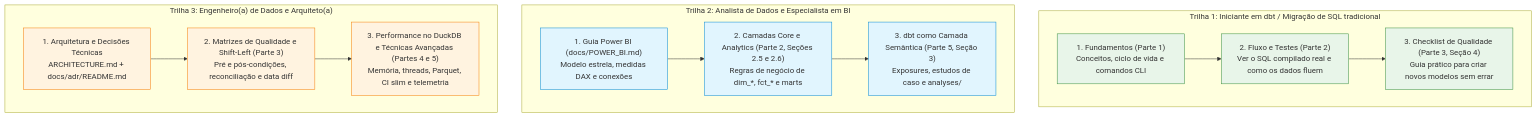
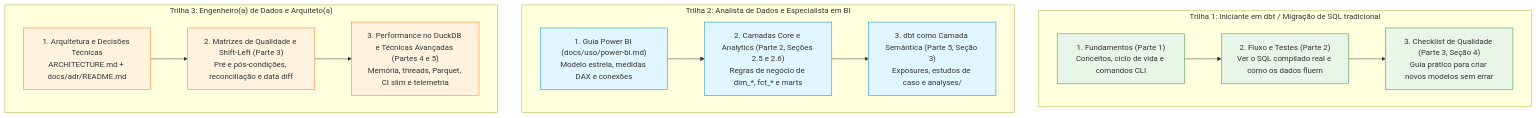
One commit to llrt/dbt-pipeline-rfb-v2 changed the diagram in docs/guia-dbt/README.md. Above: the diagram before and after it, drawn with Mermaid. The commit also changed other lines of this file and 92 other files, not shown here.

````diff
--- a/docs/guia-dbt/README.md
+++ b/docs/guia-dbt/README.md
@@ -25,27 +25,27 @@
 ```mermaid
 flowchart TD
     classDef iniciante fill:#e8f5e9,stroke:#388e3c,stroke-width:1px;
     classDef analista fill:#e1f5fe,stroke:#0288d1,stroke-width:1px;
     classDef engenheiro fill:#fff3e0,stroke:#f57c00,stroke-width:1px;
 
     subgraph TRILHA_INICIANTE["Trilha 1: Iniciante em dbt / Migração de SQL tradicional"]
         I1["1. Fundamentos (Parte 1)<br/>Conceitos, ciclo de vida e comandos CLI"]:::iniciante
         I2["2. Fluxo e Testes (Parte 2)<br/>Ver o SQL compilado real e como os dados fluem"]:::iniciante
         I3["3. Checklist de Qualidade (Parte 3, Seção 4)<br/>Guia prático para criar novos modelos sem errar"]:::iniciante
         I1 --> I2 --> I3
     end
 
     subgraph TRILHA_ANALISTA["Trilha 2: Analista de Dados e Especialista em BI"]
-        A1["1. Guia Power BI (docs/POWER_BI.md)<br/>Modelo estrela, medidas DAX e conexões"]:::analista
+        A1["1. Guia Power BI (docs/uso/power-bi.md)<br/>Modelo estrela, medidas DAX e conexões"]:::analista
         A2["2. Camadas Core e Analytics (Parte 2, Seções 2.5 e 2.6)<br/>Regras de negócio de dim_*, fct_* e marts"]:::analista
         A3["3. dbt como Camada Semântica (Parte 5, Seção 3)<br/>Exposures, estudos de caso e analyses/"]:::analista
         A1 --> A2 --> A3
     end
 
     subgraph TRILHA_ENGENHEIRO["Trilha 3: Engenheiro(a) de Dados e Arquiteto(a)"]
         E1["1. Arquitetura e Decisões Técnicas<br/>ARCHITECTURE.md + docs/adr/README.md"]:::engenheiro
         E2["2. Matrizes de Qualidade e Shift-Left (Parte 3)<br/>Pré e pós-condições, reconciliação e data diff"]:::engenheiro
         E3["3. Performance no DuckDB e Técnicas Avançadas (Partes 4 e 5)<br/>Memória, threads, Parquet, CI slim e telemetria"]:::engenheiro
         E1 --> E2 --> E3
     end
 ```
````
